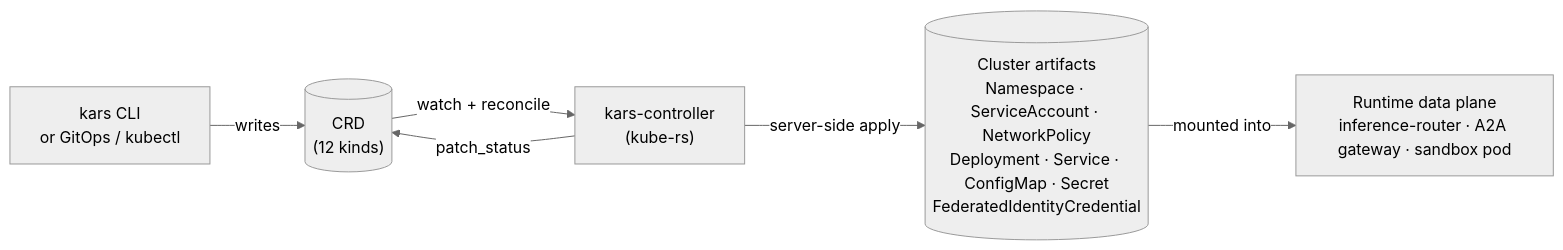
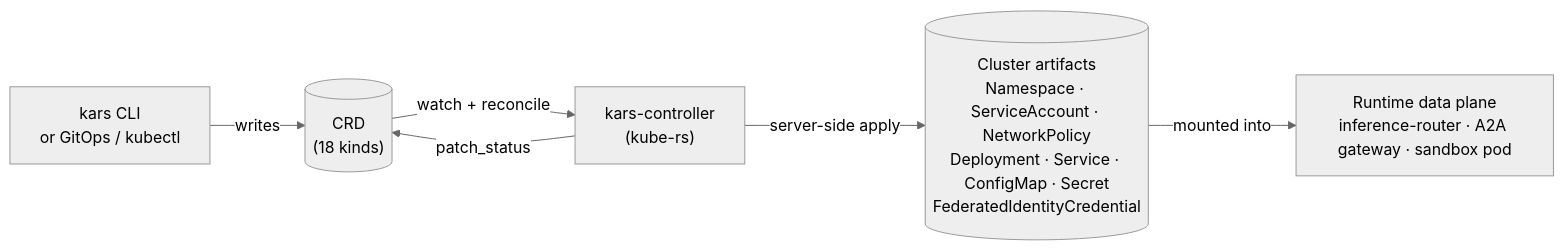
The first of 7 diagrams in docs/api/lifecycle.md (Azure/kars), drawn with Mermaid (neutral theme) before and after one commit. The commit also changed other lines of this file and 29 other files, not shown here.

````diff
--- a/docs/api/lifecycle.md
+++ b/docs/api/lifecycle.md
@@ -26,14 +26,14 @@
 ```mermaid
 flowchart LR
   CLI["kars CLI<br/>or GitOps / kubectl"]
-  CRD[("CRD<br/>(12 kinds)")]
+  CRD[("CRD<br/>(18 kinds)")]
   Ctrl["kars-controller<br/>(kube-rs)"]
   Art[("Cluster artifacts<br/>Namespace · ServiceAccount · NetworkPolicy<br/>Deployment · Service · ConfigMap · Secret<br/>FederatedIdentityCredential")]
   Runtime["Runtime data plane<br/>inference-router · A2A gateway · sandbox pod"]
 
   CLI -->|writes| CRD
   CRD -->|watch + reconcile| Ctrl
   Ctrl -->|server-side apply| Art
   Art -->|mounted into| Runtime
   Ctrl -->|patch_status| CRD
 ```
````
